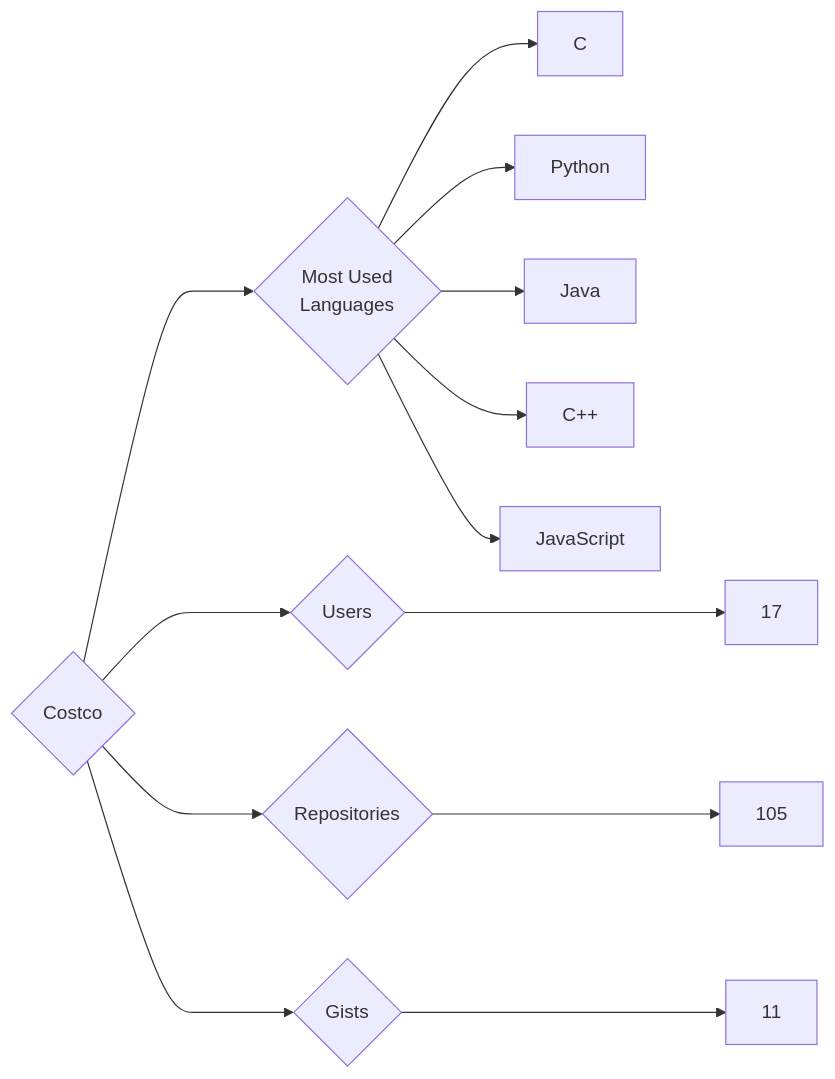
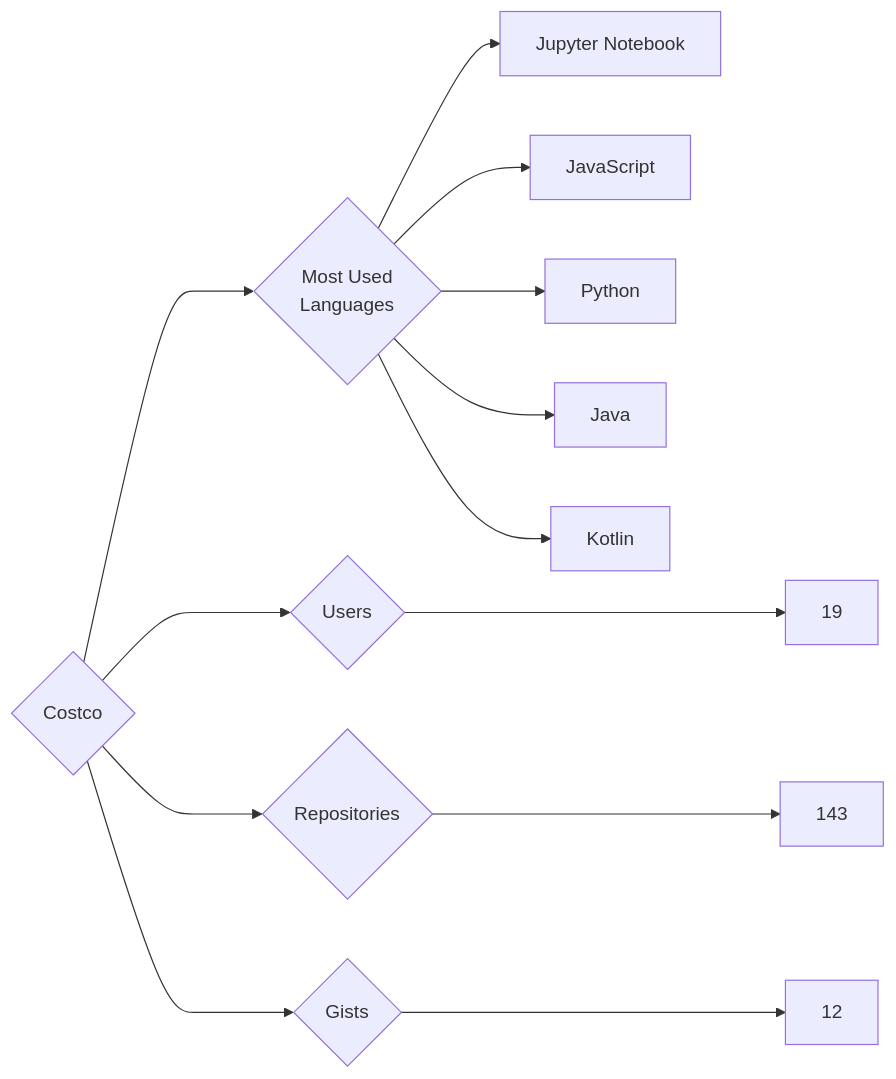
One commit to trickest/insiders changed the diagram in targets/Costco/README.md. Above: the diagram before and after it, drawn with Mermaid. The commit also changed 951 other files, not shown here.

````diff
--- a/targets/Costco/README.md
+++ b/targets/Costco/README.md
@@ -3,13 +3,13 @@
 ```mermaid
 graph LR
 COMPANY_NAME{Costco}
-COMPANY_NAME ---> U{Users} ---> UN[17]
-COMPANY_NAME ---> R{Repositories} ---> RN[105]
-COMPANY_NAME ---> G{Gists} ---> GN[11]
+COMPANY_NAME ---> U{Users} ---> UN[19]
+COMPANY_NAME ---> R{Repositories} ---> RN[143]
+COMPANY_NAME ---> G{Gists} ---> GN[12]
 COMPANY_NAME ---> ML{Most Used<br>Languages}
-ML --> C[C]
+ML --> Jupyter_Notebook[Jupyter Notebook]
+ML --> JavaScript[JavaScript]
 ML --> Python[Python]
 ML --> Java[Java]
-ML --> C++[C++]
-ML --> JavaScript[JavaScript]
+ML --> Kotlin[Kotlin]
 ```
````
